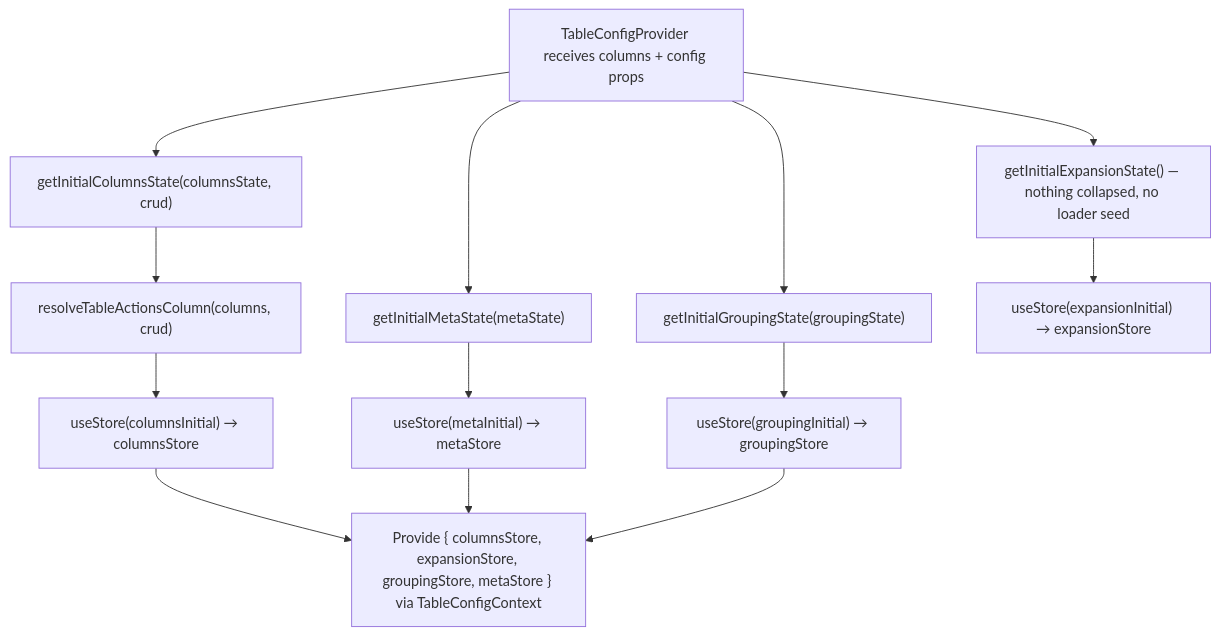
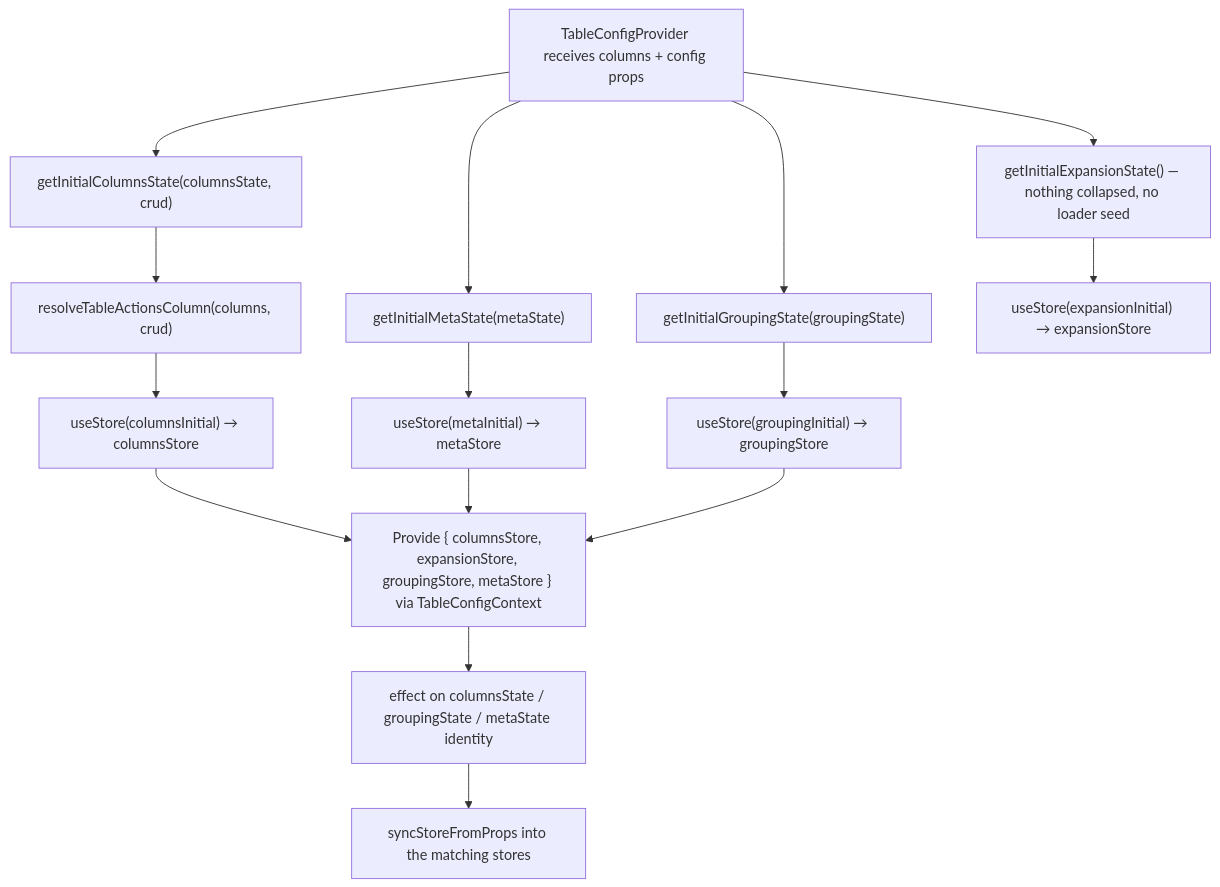
Before and after one commit to luciocabrera/lcabrera-stack: the second of 3 diagrams in packages/ui/src/components/Table/contexts/TableConfig/ARCHITECTURE.md, drawn with Mermaid. The commit also changed other lines of this file and 30 other files, not shown here.

````diff
--- a/packages/ui/src/components/Table/contexts/TableConfig/ARCHITECTURE.md
+++ b/packages/ui/src/components/Table/contexts/TableConfig/ARCHITECTURE.md
@@ -260,16 +260,18 @@
 ```mermaid
 graph TD
   A["TableConfigProvider receives columns + config props"]
   A --> B["getInitialColumnsState(columnsState, crud)"]
   A --> C["getInitialMetaState(metaState)"]
   A --> G["getInitialGroupingState(groupingState)"]
   A --> GE["getInitialExpansionState() — nothing collapsed, no loader seed"]
   B --> B1["resolveTableActionsColumn(columns, crud)"]
   B1 --> D["useStore(columnsInitial) → columnsStore"]
   C --> E["useStore(metaInitial) → metaStore"]
   G --> H["useStore(groupingInitial) → groupingStore"]
   GE --> HE["useStore(expansionInitial) → expansionStore"]
   D --> F["Provide { columnsStore, expansionStore, groupingStore, metaStore } via TableConfigContext"]
   E --> F
   H --> F
+  F --> S["effect on columnsState / groupingState / metaState identity"]
+  S --> W["syncStoreFromProps into the matching stores"]
 ```
````
